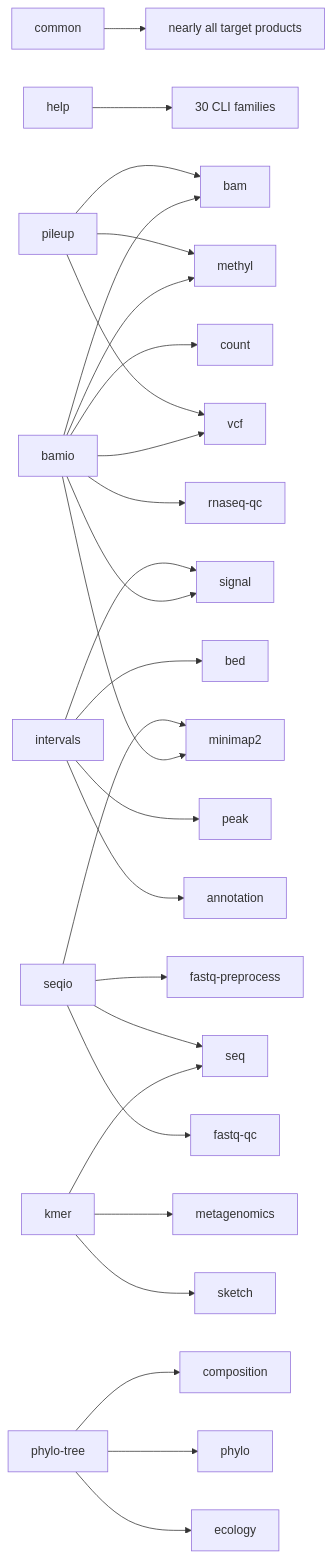
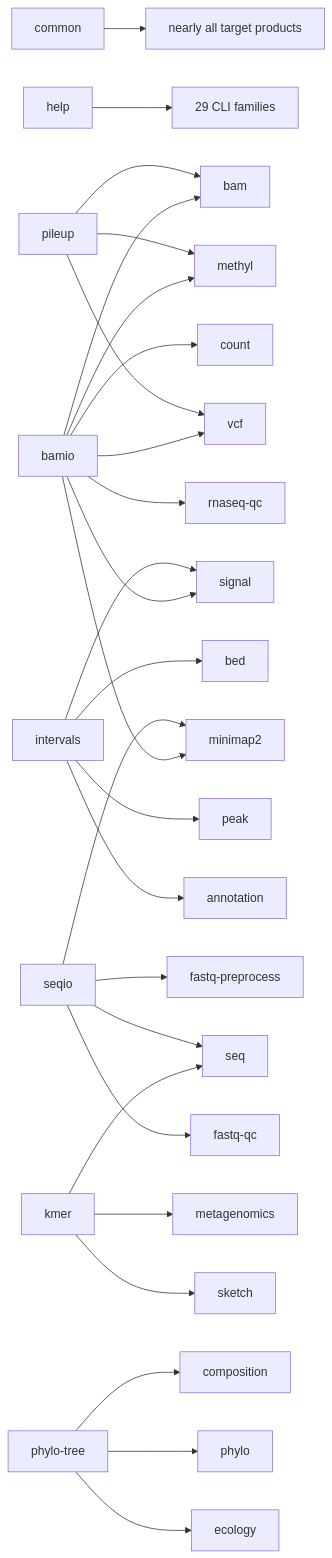
Before and after one commit to omics-rust/rsomics-world: the diagram in docs/00-overview/portfolio-reconstruction.md, drawn with Mermaid. The commit also changed other lines of this file and 15 other files, not shown here.

````diff
--- a/docs/00-overview/portfolio-reconstruction.md
+++ b/docs/00-overview/portfolio-reconstruction.md
@@ -190,29 +195,29 @@
 ```mermaid
 flowchart LR
     common["common"] --> products["nearly all target products"]
-    help["help"] --> cli["30 CLI families"]
+    help["help"] --> cli["29 CLI families"]
     bamio["bamio"] --> bam["bam"]
     bamio --> count["count"]
     bamio --> methyl["methyl"]
     bamio --> minimap2["minimap2"]
     bamio --> signal["signal"]
     bamio --> rnaqc["rnaseq-qc"]
     bamio --> vcf["vcf"]
     intervals["intervals"] --> bed["bed"]
     intervals --> signal
     intervals --> peak["peak"]
     intervals --> annotation["annotation"]
     kmer["kmer"] --> seq["seq"]
     kmer --> meta["metagenomics"]
     kmer --> sketch["sketch"]
     seqio["seqio"] --> seq
     seqio --> fastq["fastq-preprocess"]
     seqio --> fastqqc["fastq-qc"]
     seqio --> minimap2
     tree["phylo-tree"] --> composition["composition"]
     tree --> phylo["phylo"]
     tree --> ecology["ecology"]
     pileup["pileup"] --> bam
     pileup --> methyl
     pileup --> vcf
 ```
````
